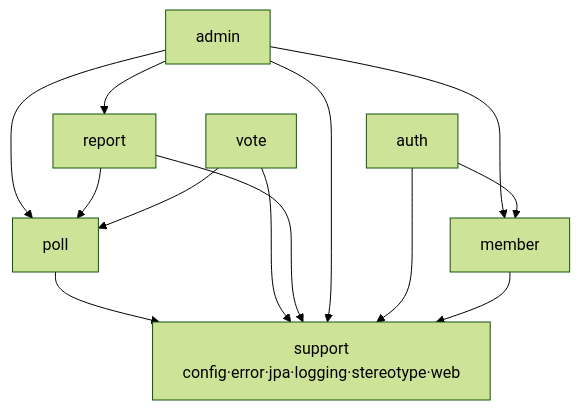
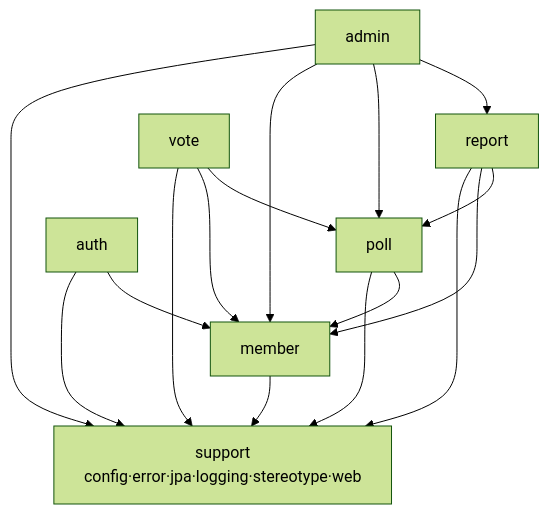
The second of 3 diagrams in docs/아키텍처.md (kwakseobang/AuDDum), drawn with Mermaid (forest theme) before and after one commit. The commit also changed other lines of this file and 23 other files, not shown here.

````diff
--- a/docs/아키텍처.md
+++ b/docs/아키텍처.md
@@ -40,16 +40,19 @@
 ```mermaid
 flowchart TD
     admin --> report
     admin --> poll
     admin --> member
     report --> poll
     vote --> poll
+    poll --> member
+    vote --> member
+    report --> member
     auth --> member
     poll --> support
     vote --> support
     report --> support
     admin --> support
     auth --> support
     member --> support
     support["support<br/>config·error·jpa·logging·stereotype·web"]
 ```
````
